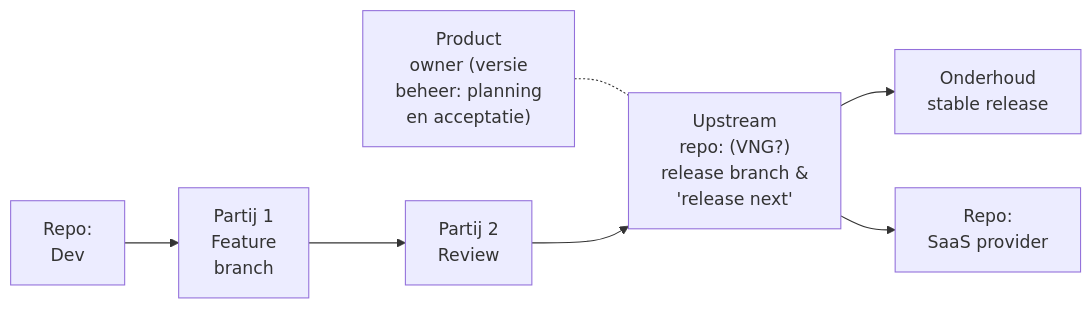
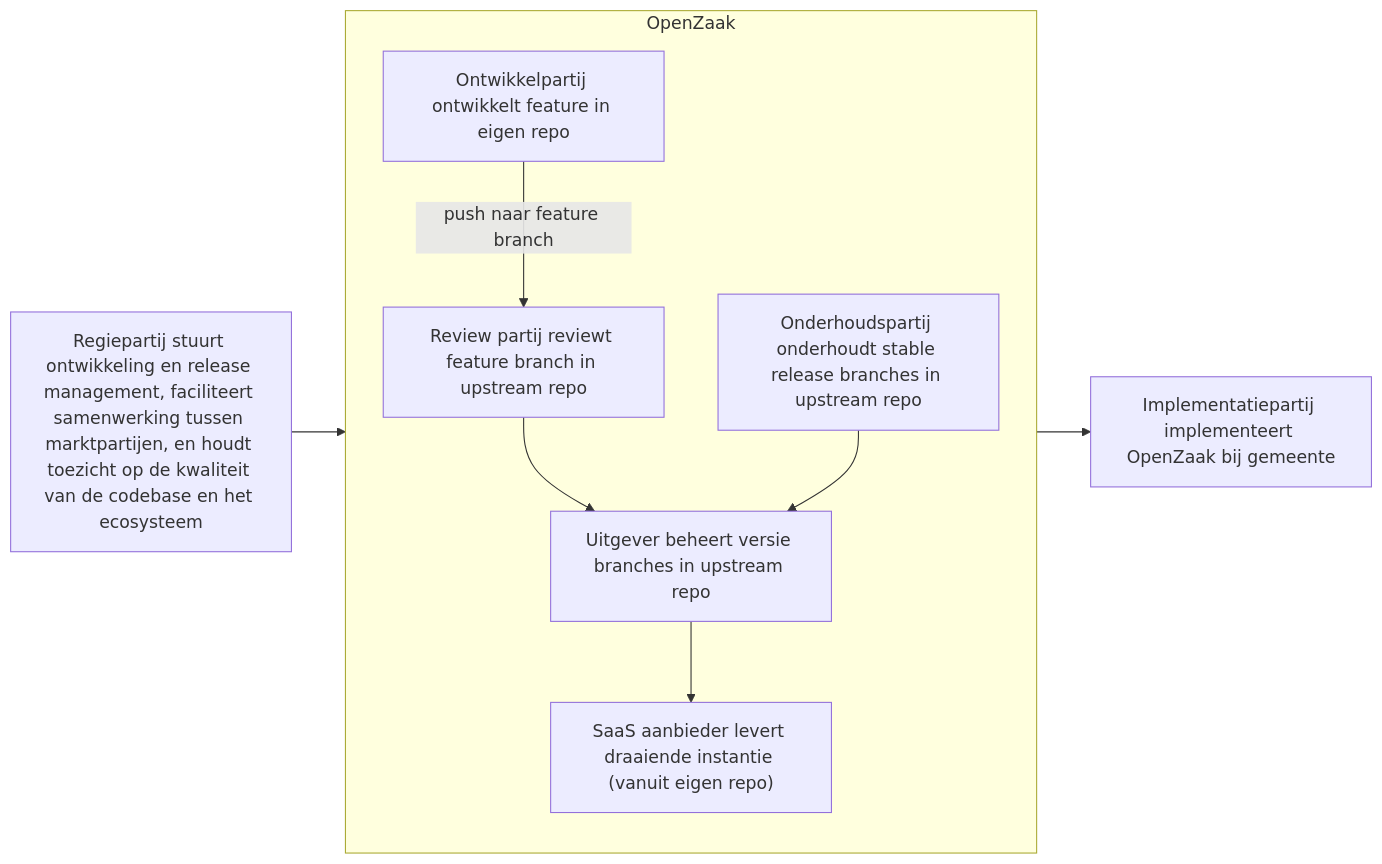
Before and after one commit to open-zaak/samenwerken: the first of 8 diagrams in resultaten/rollen-meerdere-marktpartijen.md, drawn with Mermaid. The commit also changed other lines of this file and 2 other files, not shown here.

Commit message:
update rollen & mermaid

````diff
--- a/resultaten/rollen-meerdere-marktpartijen.md
+++ b/resultaten/rollen-meerdere-marktpartijen.md
@@ -237,19 +42,25 @@
 ```mermaid
 graph LR
+    subgraph OpenZaak
     %% Nodes
-    Dev1["Repo:<br/>Dev"]
-    FeatP1["Partij 1<br/>Feature<br/>branch"]
-    ReviewP2["Partij 2<br/>Review"]
-    Upstream["Upstream<br/>repo: (VNG?)<br/>release branch &<br/>'release next'"]
-    PO["Product<br/>owner (versie<br/>beheer: planning<br/>en acceptatie)"]
-    Maint["Onderhoud<br/>stable release"]
-    SaaS["Repo:<br/>SaaS provider"]
+        Dev["Ontwikkelpartij ontwikkelt feature in eigen repo"]
+        Rev["Review partij reviewt feature branch in upstream repo"]
+        Up["Uitgever beheert versie branches in upstream repo"]
+        Maint["Onderhoudspartij onderhoudt stable release branches in upstream repo"]
+        SaaS["SaaS aanbieder levert draaiende instantie (vanuit eigen repo)"]
+
+        %% Connections
+        Dev --"push naar feature branch"--> Rev
+        Rev --> Up
+        Maint --> Up
+        Up --> SaaS
+    end
+
+    %% Nodes
+    Regie["Regiepartij stuurt ontwikkeling en release management, faciliteert samenwerking tussen marktpartijen, en houdt toezicht op de kwaliteit van de codebase en het ecosysteem"]
+    Impl["Implementatiepartij implementeert OpenZaak bij gemeente"]
 
     %% Connections
-    PO -.- Upstream
-    Dev1 --> FeatP1
-    FeatP1 --> ReviewP2
-    ReviewP2 --> Upstream
-    Upstream --> Maint
-    Upstream --> SaaS
+    Regie --> OpenZaak
+    OpenZaak --> Impl
 ```
````
